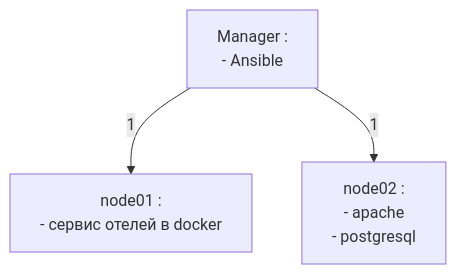
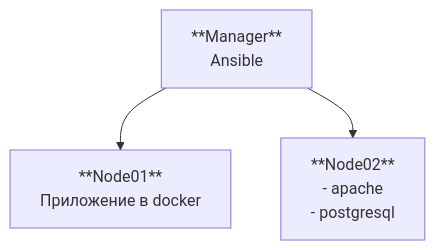
One commit to missille1/DO8_AutomationTools changed the first of 2 diagrams in README.md. Above: the diagram before and after it, drawn with Mermaid. The commit also changed other lines of this file, not shown here.

````diff
--- a/README.md
+++ b/README.md
@@ -1,9 +3,13 @@
 ```mermaid
 flowchart TD
-    Manager["Manager : \n- Ansible"]
-    node01["node01 : \n- сервис отелей в docker"]
-    node02["node02 : \n- apache\n- postgresql"]
+    classDef managerStyle minHeight:0
     
-    Manager -- 1 --> node01
-    Manager -- 1 --> node02
+    Manager[**Manager**<br/>Ansible]
+    Node01[**Node01**<br/>Приложение в docker]
+    Node02[**Node02**<br/>- apache<br/>- postgresql]
+    
+    Manager --> Node01
+    Manager --> Node02
+    
+    class Manager managerStyle
 ```
````
